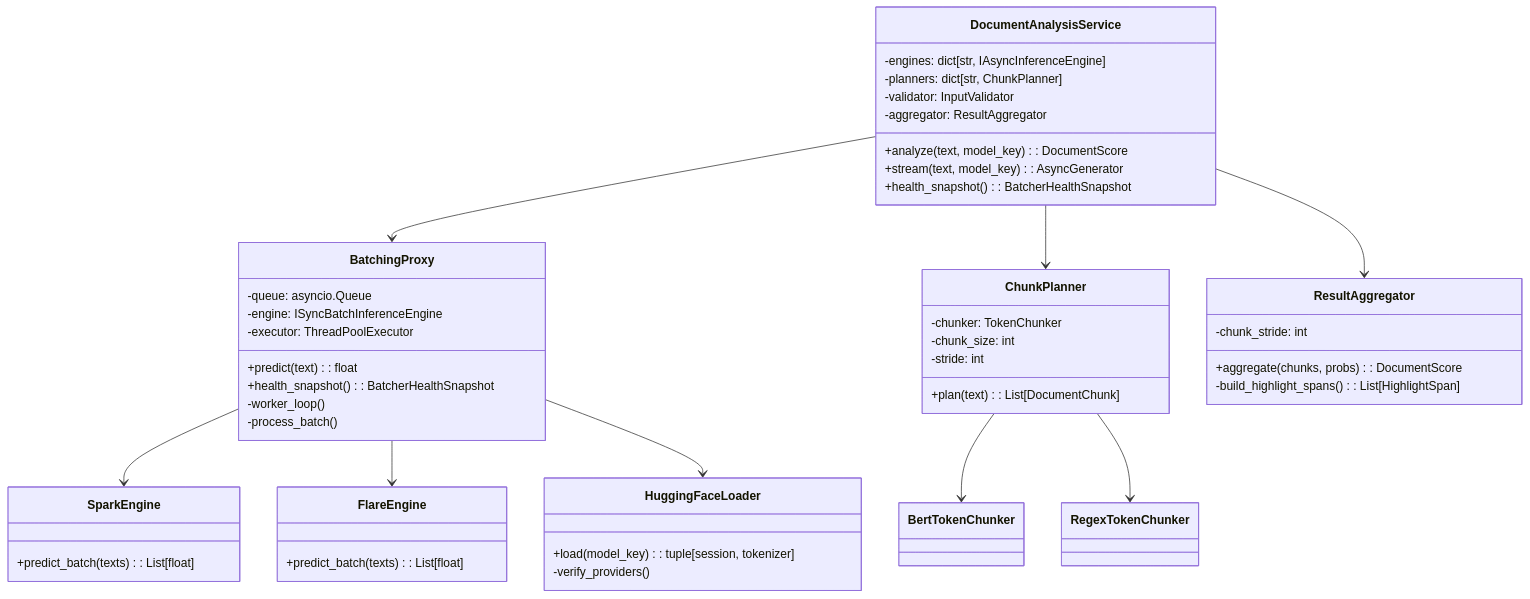
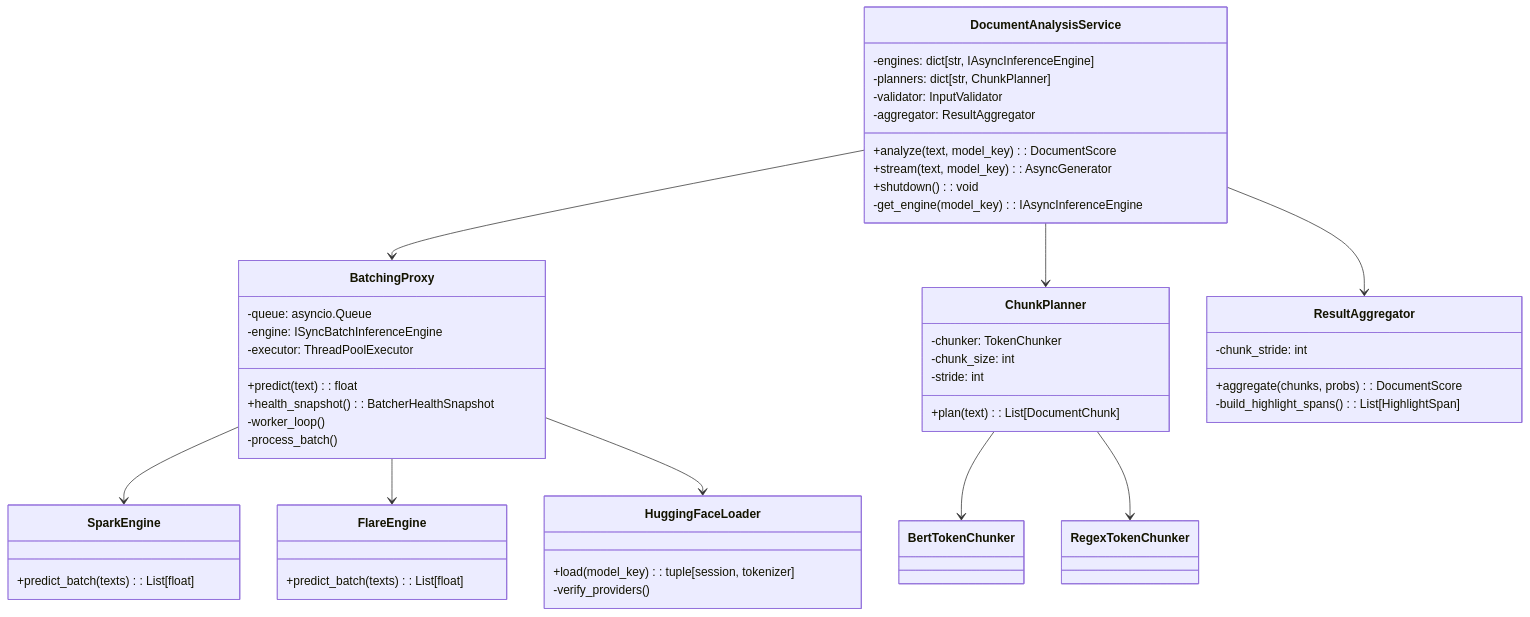
One commit to kunalPisolkar24/detectAI changed the fourth of 4 diagrams in services/inference/docs/01-architecture.md. Above: the diagram before and after it, drawn with Mermaid. The commit also changed 2 other files, not shown here.

Commit message:
docs(inference): sync with dead-code cleanup
- 01-architecture: replace erroneous +health_snapshot on DocumentAnalysisService with +shutdown/-get_engine
- 02-request-flows: fix stale line anchor and include CIRCUIT_OPEN in shed set
- 10-observability: expand Metrics module diagram to list actual exports after removing duplicates (record_queue_rejected etc) and adding record_document_chunk_failed

````diff
--- a/services/inference/docs/01-architecture.md
+++ b/services/inference/docs/01-architecture.md
@@ -76,50 +76,51 @@
 ```mermaid
 classDiagram
     class DocumentAnalysisService {
         -engines: dict[str, IAsyncInferenceEngine]
         -planners: dict[str, ChunkPlanner]
         -validator: InputValidator
         -aggregator: ResultAggregator
         +analyze(text, model_key): DocumentScore
         +stream(text, model_key): AsyncGenerator
-        +health_snapshot(): BatcherHealthSnapshot
+        +shutdown(): void
+        -get_engine(model_key): IAsyncInferenceEngine
     }
     class BatchingProxy {
         -queue: asyncio.Queue
         -engine: ISyncBatchInferenceEngine
         -executor: ThreadPoolExecutor
         +predict(text): float
         +health_snapshot(): BatcherHealthSnapshot
         -worker_loop()
         -process_batch()
     }
     class ChunkPlanner {
         -chunker: TokenChunker
         -chunk_size: int
         -stride: int
         +plan(text): List[DocumentChunk]
     }
     class ResultAggregator {
         -chunk_stride: int
         +aggregate(chunks, probs): DocumentScore
         -build_highlight_spans(): List[HighlightSpan]
     }
     class SparkEngine {
         +predict_batch(texts): List[float]
     }
     class FlareEngine {
         +predict_batch(texts): List[float]
     }
     class HuggingFaceLoader {
         +load(model_key): tuple[session, tokenizer]
         -verify_providers()
     }
     DocumentAnalysisService --> BatchingProxy
     DocumentAnalysisService --> ChunkPlanner
     DocumentAnalysisService --> ResultAggregator
     BatchingProxy --> SparkEngine
     BatchingProxy --> FlareEngine
     BatchingProxy --> HuggingFaceLoader
     ChunkPlanner --> BertTokenChunker
     ChunkPlanner --> RegexTokenChunker
 ```
````
